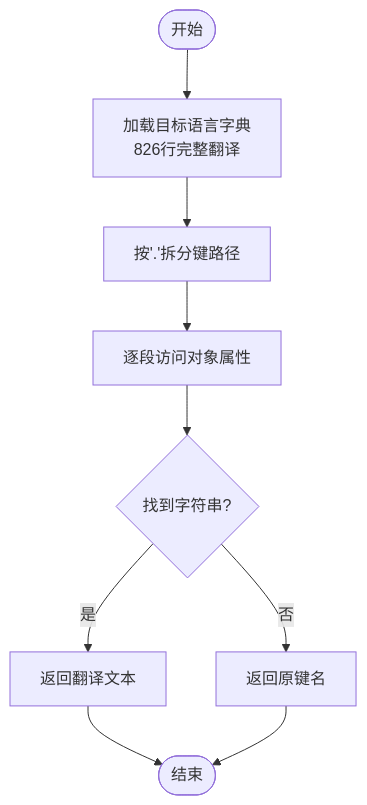
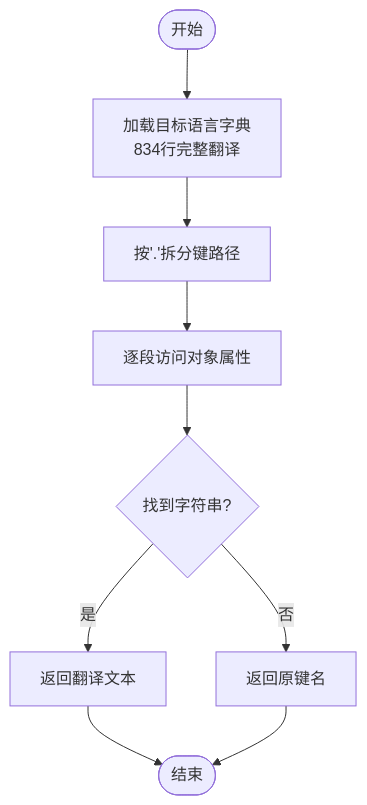
The fourth of 7 diagrams in .qoder/repowiki/zh/content/国际化支持.md (RabbitAI-Lab/RabbitCoding), drawn with Mermaid before and after one commit. The commit also changed other lines of this file and 36 other files, not shown here.

````diff
--- a/.qoder/repowiki/zh/content/国际化支持.md
+++ b/.qoder/repowiki/zh/content/国际化支持.md
@@ -219,11 +215,11 @@
 ```mermaid
 flowchart TD
-Start(["开始"]) --> LoadDict["加载目标语言字典<br/>826行完整翻译"]
+Start(["开始"]) --> LoadDict["加载目标语言字典<br/>834行完整翻译"]
 LoadDict --> Split["按'.'拆分键路径"]
 Split --> Reduce["逐段访问对象属性"]
 Reduce --> Found{"找到字符串?"}
 Found --> |是| ReturnStr["返回翻译文本"]
 Found --> |否| ReturnKey["返回原键名"]
 ReturnStr --> End(["结束"])
 ReturnKey --> End
 ```
````
